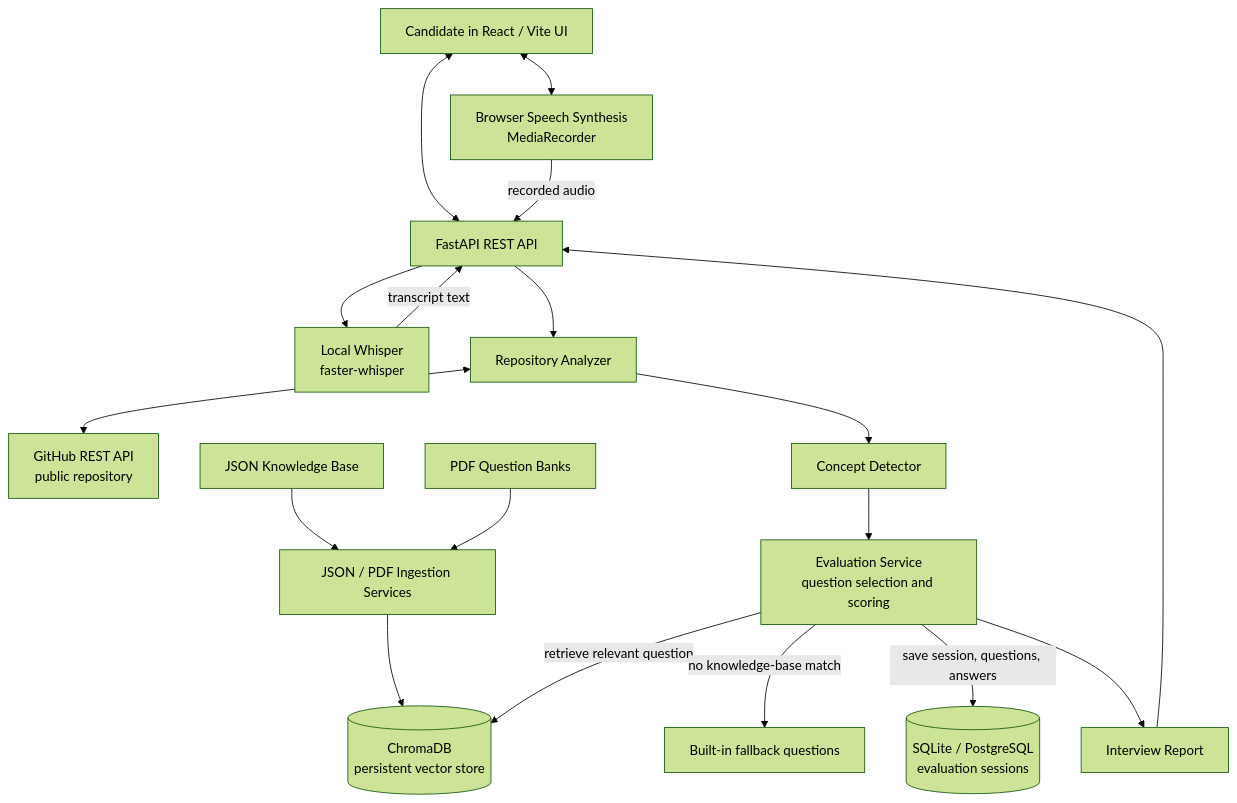
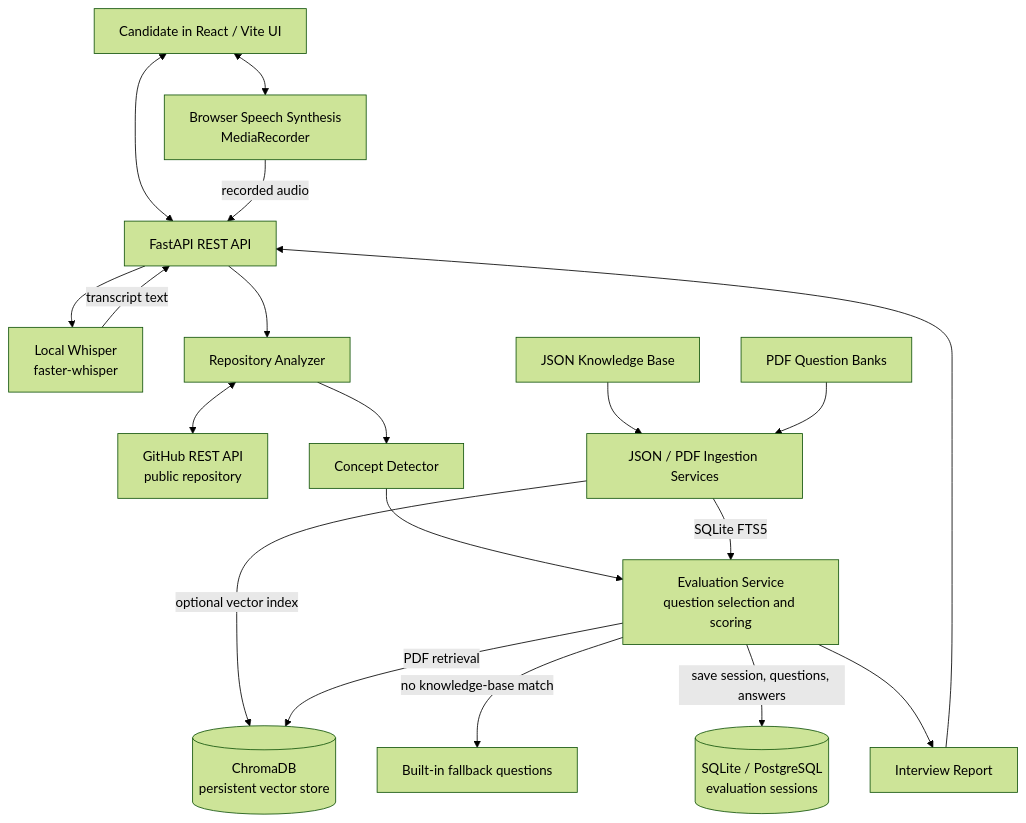
The diagram in README.md (aditya90001/CODE_VIVA), drawn with Mermaid (forest theme) before and after one commit. The commit also changed other lines of this file and 5 other files, not shown here.

Commit message:
Use SQLite FTS and authenticate GitHub API requests

````diff
--- a/README.md
+++ b/README.md
@@ -41,36 +42,37 @@
 ```mermaid
 flowchart TD
     Candidate[Candidate in React / Vite UI]
     BrowserVoice[Browser Speech Synthesis<br/>MediaRecorder]
     API[FastAPI REST API]
     Whisper[Local Whisper<br/>faster-whisper]
     GitHub[GitHub REST API<br/>public repository]
     Analyzer[Repository Analyzer]
     Detector[Concept Detector]
     Eval[Evaluation Service<br/>question selection and scoring]
     JSON[JSON Knowledge Base]
     PDF[PDF Question Banks]
     Ingest[JSON / PDF Ingestion Services]
     Chroma[(ChromaDB<br/>persistent vector store)]
     Builtin[Built-in fallback questions]
     Database[(SQLite / PostgreSQL<br/>evaluation sessions)]
     Report[Interview Report]
 
     Candidate <--> BrowserVoice
     Candidate <--> API
     BrowserVoice -->|recorded audio| API
     API --> Whisper
     Whisper -->|transcript text| API
     API --> Analyzer
     Analyzer <--> GitHub
     Analyzer --> Detector
     Detector --> Eval
     JSON --> Ingest
+    Ingest -->|SQLite FTS5| Eval
     PDF --> Ingest
-    Ingest --> Chroma
-    Eval -->|retrieve relevant question| Chroma
+    Ingest -->|optional vector index| Chroma
+    Eval -->|PDF retrieval| Chroma
     Eval -->|no knowledge-base match| Builtin
     Eval -->|save session, questions, answers| Database
     Eval --> Report
     Report --> API
 ```
````
